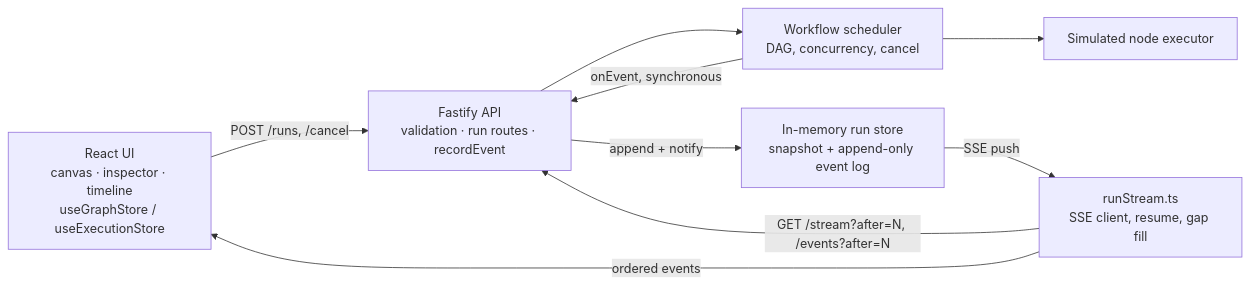
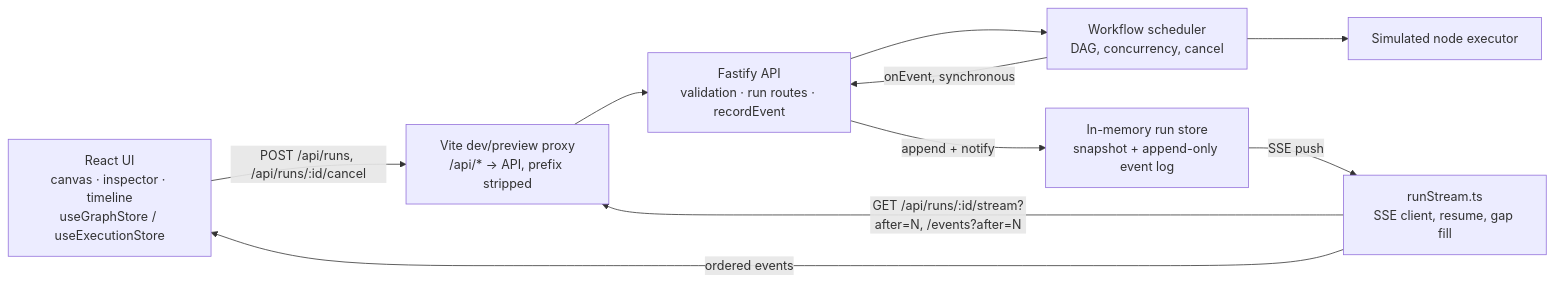
One commit to boutiiqueblvd-ux/flowtrace changed the diagram in README.md. Above: the diagram before and after it, drawn with Mermaid. The commit also changed other lines of this file and 5 other files, not shown here.

Commit message:
fix: enable browser API access through Vite proxy

````diff
--- a/README.md
+++ b/README.md
@@ -206,18 +216,21 @@
 ```mermaid
 flowchart LR
     UI["React UI<br/>canvas · inspector · timeline<br/>useGraphStore / useExecutionStore"]
     RS["runStream.ts<br/>SSE client, resume, gap fill"]
     API["Fastify API<br/>validation · run routes · recordEvent"]
     LOG["In-memory run store<br/>snapshot + append-only event log"]
     SCHED["Workflow scheduler<br/>DAG, concurrency, cancel"]
     EXEC["Simulated node executor"]
 
-    UI -->|POST /runs, /cancel| API
-    RS -->|GET /stream?after=N, /events?after=N| API
+    PROXY["Vite dev/preview proxy<br/>/api/* → API, prefix stripped"]
+
+    UI -->|POST /api/runs, /api/runs/:id/cancel| PROXY
+    RS -->|GET /api/runs/:id/stream?after=N, /events?after=N| PROXY
+    PROXY --> API
     RS -->|ordered events| UI
     API --> SCHED
     SCHED --> EXEC
     SCHED -->|onEvent, synchronous| API
     API -->|append + notify| LOG
     LOG -->|SSE push| RS
 ```
````
